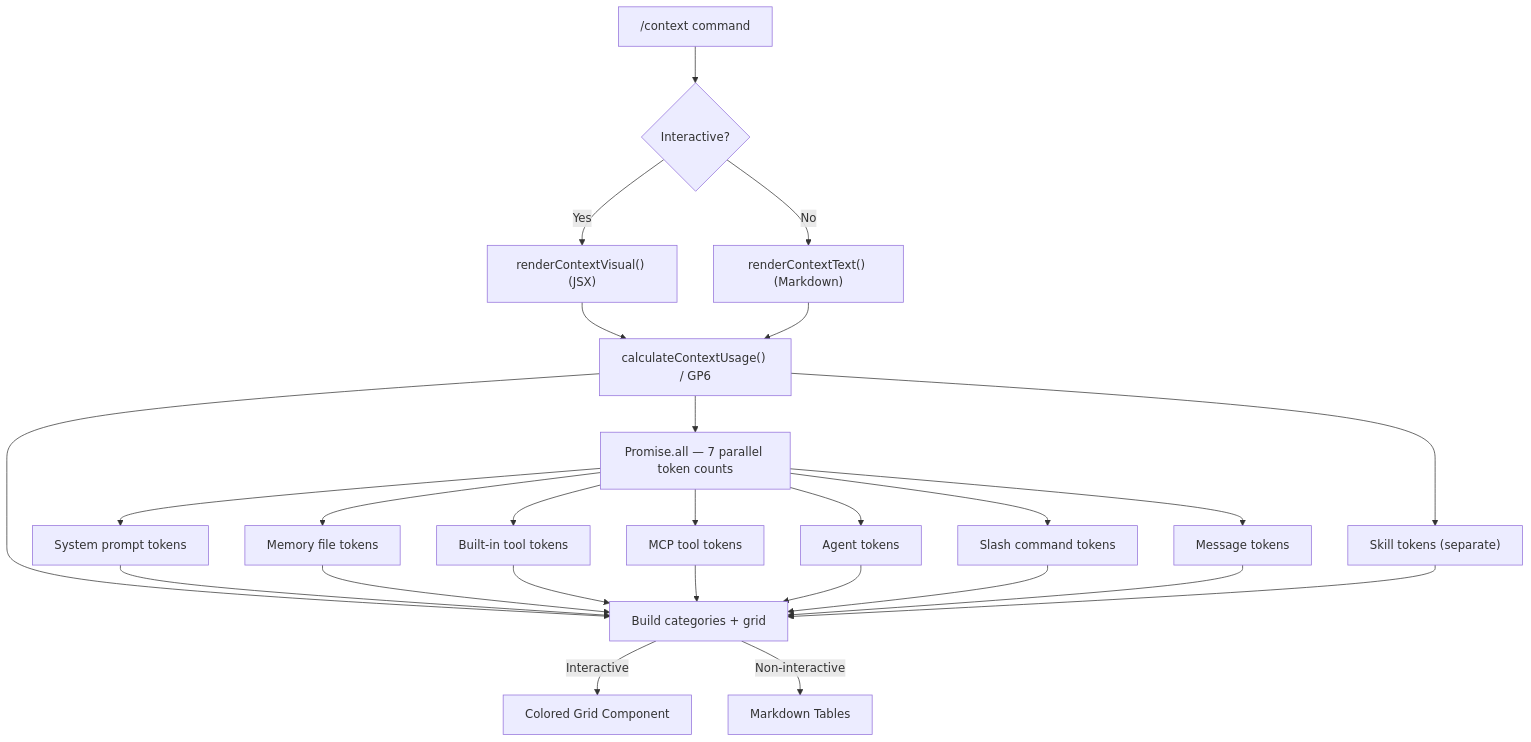
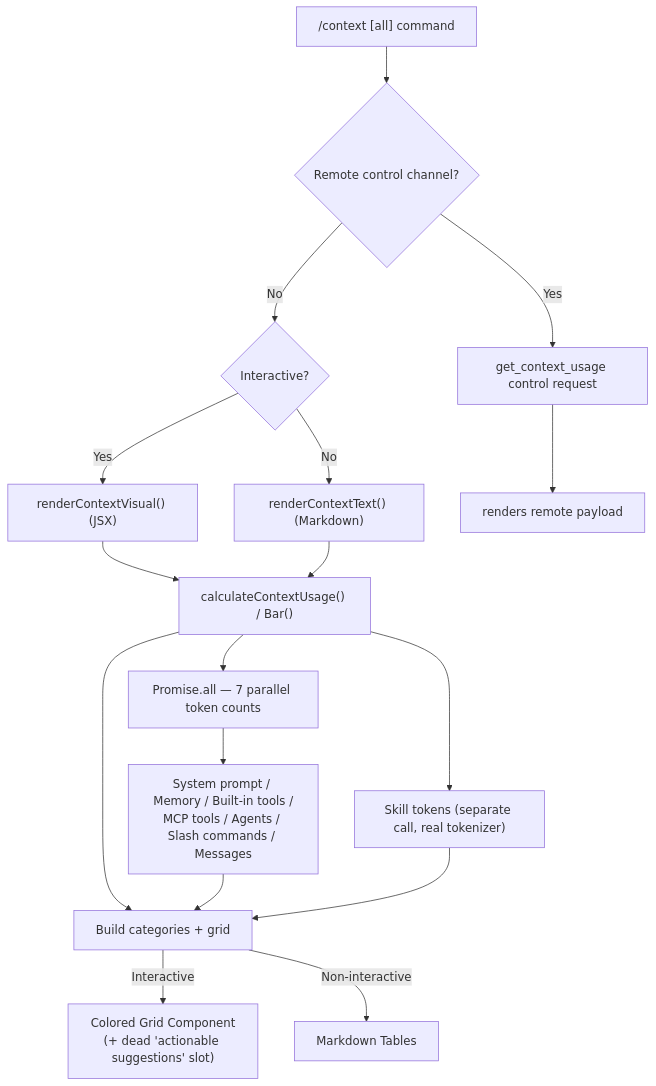
One commit to Prajwalsrinvas/claude-code-reverse-engineering changed the second of 2 diagrams in deep-dives/stats-and-context/README.md. Above: the diagram before and after it, drawn with Mermaid. The commit also changed other lines of this file and 7 other files, not shown here.

````diff
--- a/deep-dives/stats-and-context/README.md
+++ b/deep-dives/stats-and-context/README.md
@@ -332,33 +381,22 @@
 ```mermaid
 graph TD
-    A["/context command"] --> B{"Interactive?"}
-    B -->|Yes| C["renderContextVisual() (JSX)"]
-    B -->|No| D["renderContextText() (Markdown)"]
-    C --> E["calculateContextUsage() / GP6"]
-    D --> E
+    A["/context [all] command"] --> B{"Remote control channel?"}
+    B -->|Yes| C["get_context_usage control request"]
+    B -->|No| D{"Interactive?"}
+    D -->|Yes| E["renderContextVisual() (JSX)"]
+    D -->|No| F["renderContextText() (Markdown)"]
+    C --> G["<ContextGrid> renders remote payload"]
+    E --> H["calculateContextUsage() / Bar()"]
+    F --> H
 
-    E --> F["Promise.all — 7 parallel token counts"]
+    H --> I["Promise.all — 7 parallel token counts"]
+    I --> J["System prompt / Memory / Built-in tools /<br>MCP tools / Agents / Slash commands / Messages"]
+    H --> K["Skill tokens (separate call, real tokenizer)"]
+    H --> L["Build categories + grid"]
 
-    F --> G["System prompt tokens"]
-    F --> H["Memory file tokens"]
-    F --> I["Built-in tool tokens"]
-    F --> J["MCP tool tokens"]
-    F --> K["Agent tokens"]
-    F --> L["Slash command tokens"]
-    F --> M["Message tokens"]
+    J --> L
+    K --> L
 
-    E --> N["Skill tokens (separate)"]
-    E --> O["Build categories + grid"]
-
-    G --> O
-    H --> O
-    I --> O
-    J --> O
-    K --> O
-    L --> O
-    M --> O
-    N --> O
-
-    O -->|Interactive| P["Colored Grid Component"]
-    O -->|Non-interactive| Q["Markdown Tables"]
+    L -->|Interactive| M["Colored Grid Component<br>(+ dead 'actionable suggestions' slot)"]
+    L -->|Non-interactive| N["Markdown Tables"]
 ```
````
